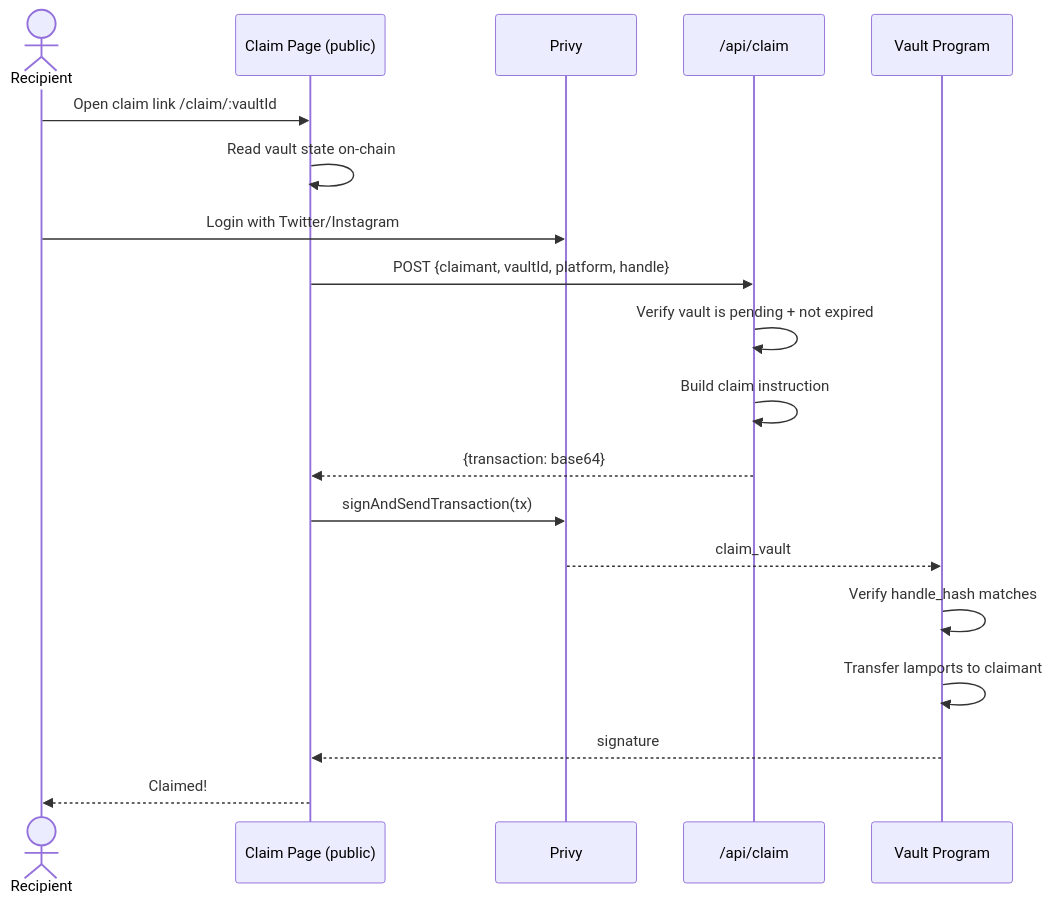
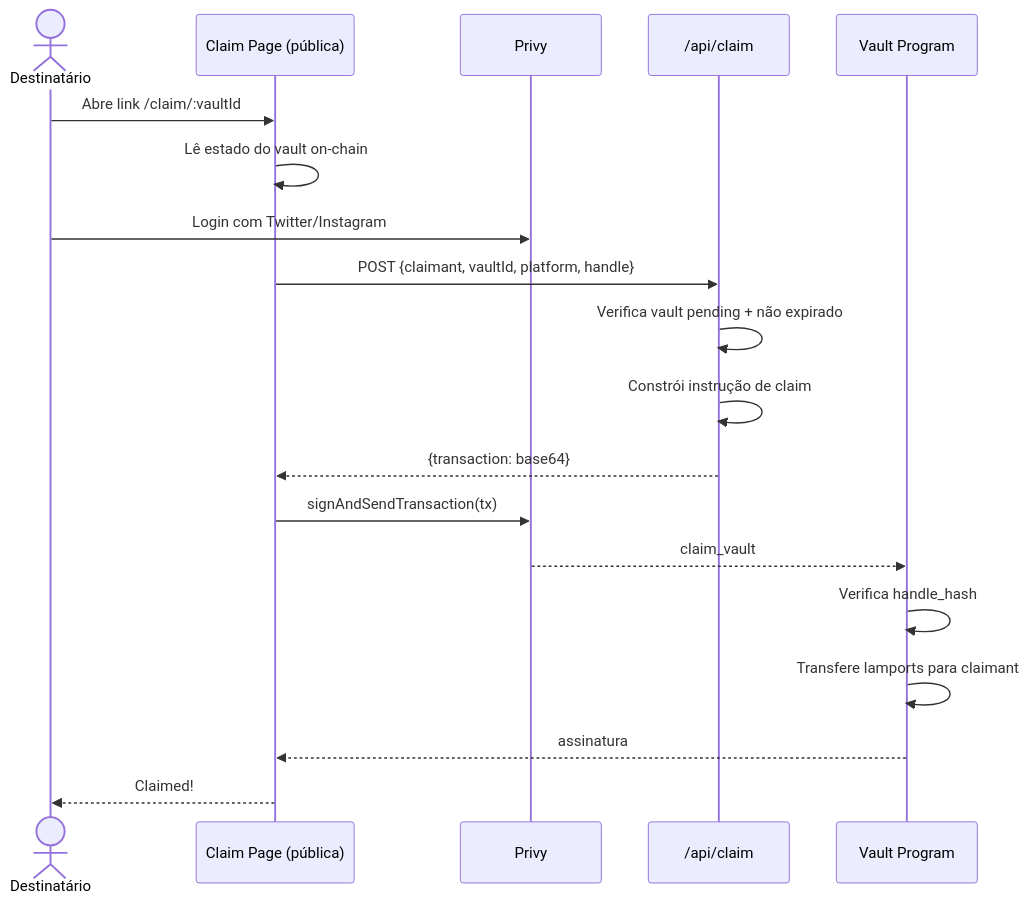
One commit to Lucasalb11/pay-on-handle changed the third of 3 diagrams in README.md. Above: the diagram before and after it, drawn with Mermaid. The commit also changed other lines of this file and 45 other files, not shown here.

````diff
--- a/README.md
+++ b/README.md
@@ -100,22 +100,22 @@
 ```mermaid
 sequenceDiagram
-    actor Recipient
-    participant App as Claim Page (public)
+    actor Destinatário
+    participant App as Claim Page (pública)
     participant Privy
     participant API as /api/claim
     participant Vault as Vault Program
 
-    Recipient->>App: Open claim link /claim/:vaultId
-    App->>App: Read vault state on-chain
-    Recipient->>Privy: Login with Twitter/Instagram
+    Destinatário->>App: Abre link /claim/:vaultId
+    App->>App: Lê estado do vault on-chain
+    Destinatário->>Privy: Login com Twitter/Instagram
     App->>API: POST {claimant, vaultId, platform, handle}
-    API->>API: Verify vault is pending + not expired
-    API->>API: Build claim instruction
+    API->>API: Verifica vault pending + não expirado
+    API->>API: Constrói instrução de claim
     API-->>App: {transaction: base64}
     App->>Privy: signAndSendTransaction(tx)
     Privy-->>Vault: claim_vault
-    Vault->>Vault: Verify handle_hash matches
-    Vault->>Vault: Transfer lamports to claimant
-    Vault-->>App: signature
-    App-->>Recipient: Claimed!
+    Vault->>Vault: Verifica handle_hash
+    Vault->>Vault: Transfere lamports para claimant
+    Vault-->>App: assinatura
+    App-->>Destinatário: Claimed!
 ```
````
